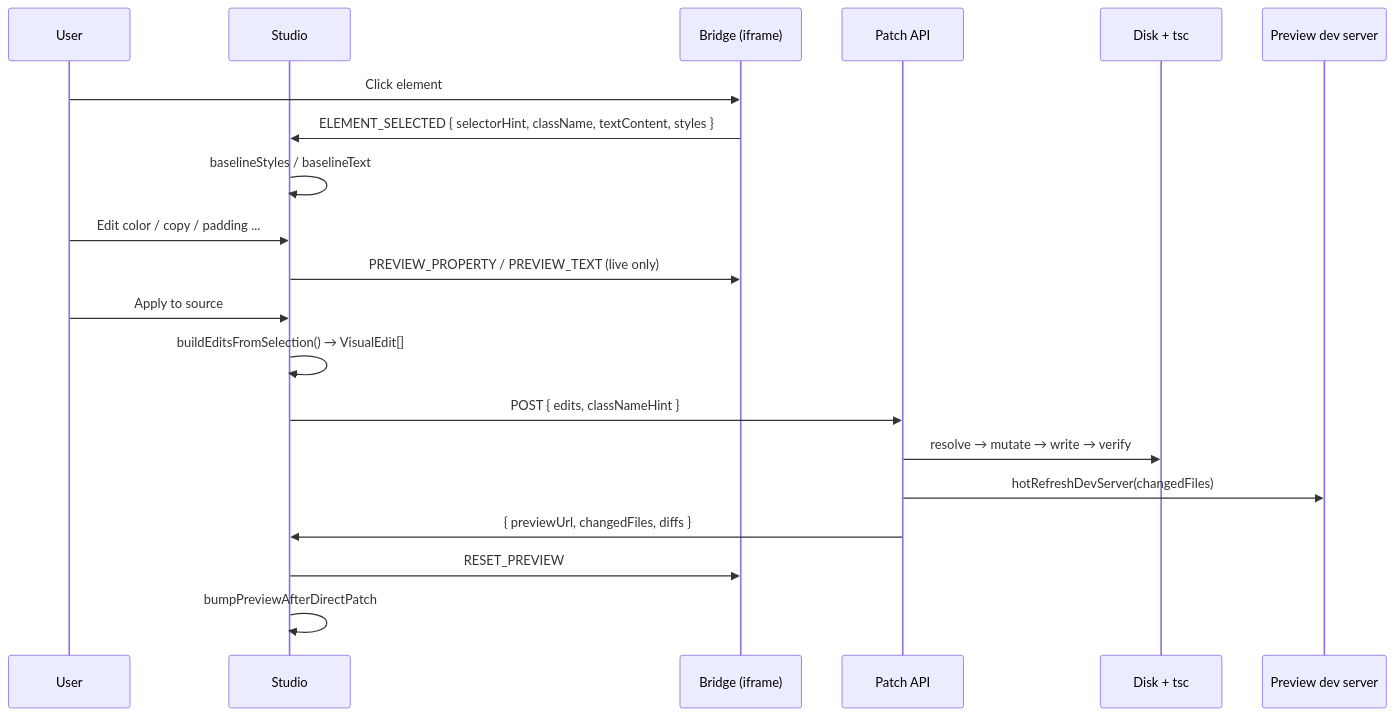
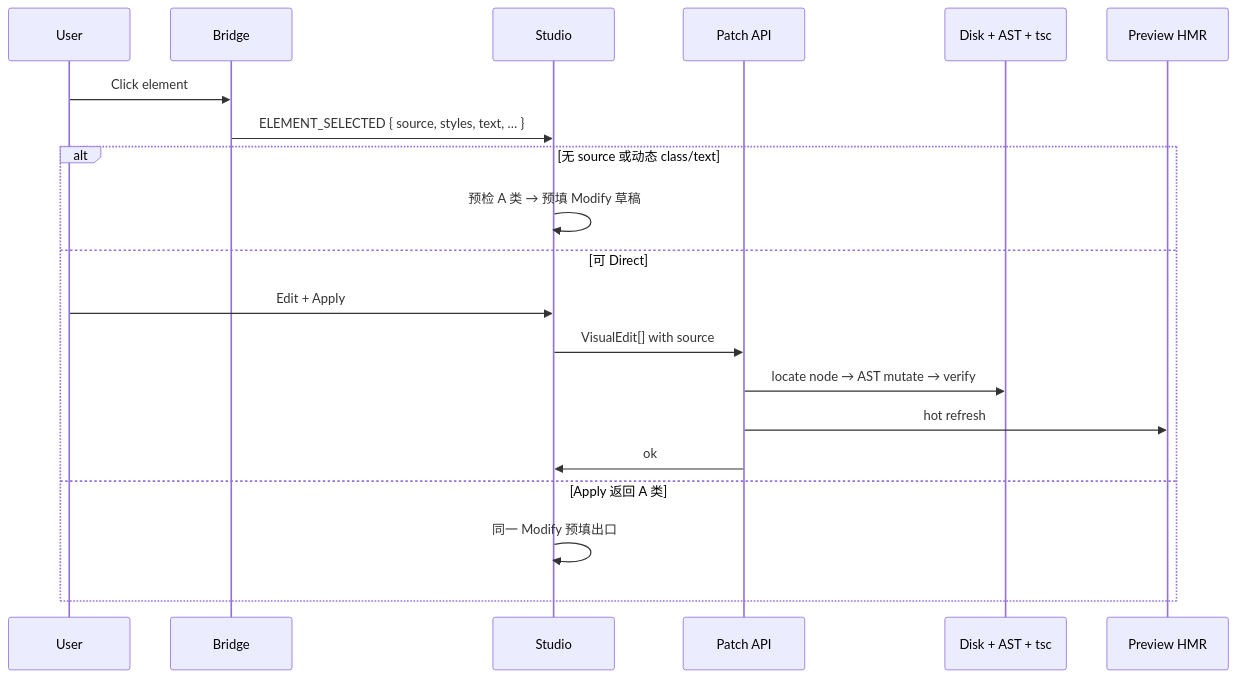
Before and after one commit to wayne-kk/open-ox: the second of 2 diagrams in docs/product/studio-design-mode-source-writeback-architecture.md, drawn with Mermaid. The commit also changed other lines of this file and 92 other files, not shown here.

````diff
--- a/docs/product/studio-design-mode-source-writeback-architecture.md
+++ b/docs/product/studio-design-mode-source-writeback-architecture.md
@@ -106,23 +98,23 @@
 ```mermaid
 sequenceDiagram
   participant U as User
+  participant B as Bridge
   participant S as Studio
-  participant B as Bridge (iframe)
   participant A as Patch API
-  participant D as Disk + tsc
-  participant P as Preview dev server
+  participant D as Disk + AST + tsc
+  participant P as Preview HMR
 
   U->>B: Click element
-  B->>S: ELEMENT_SELECTED { selectorHint, className, textContent, styles }
-  S->>S: baselineStyles / baselineText
-  U->>S: Edit color / copy / padding ...
-  S->>B: PREVIEW_PROPERTY / PREVIEW_TEXT (live only)
-  U->>S: Apply to source
-  S->>S: buildEditsFromSelection() → VisualEdit[]
-  S->>A: POST { edits, classNameHint }
-  A->>D: resolve → mutate → write → verify
-  A->>P: hotRefreshDevServer(changedFiles)
-  A->>S: { previewUrl, changedFiles, diffs }
-  S->>B: RESET_PREVIEW
-  S->>S: bumpPreviewAfterDirectPatch
+  B->>S: ELEMENT_SELECTED { source, styles, text, … }
+  alt 无 source 或动态 class/text
+    S->>S: 预检 A 类 → 预填 Modify 草稿
+  else 可 Direct
+    U->>S: Edit + Apply
+    S->>A: VisualEdit[] with source
+    A->>D: locate node → AST mutate → verify
+    A->>P: hot refresh
+    A->>S: ok
+  else Apply 返回 A 类
+    S->>S: 同一 Modify 预填出口
+  end
 ```
````
